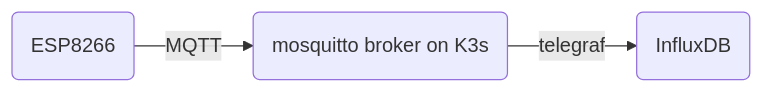
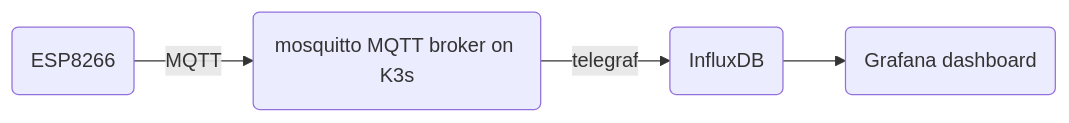
One commit to cooling75/home-monitoring changed the diagram in README.md. Above: the diagram before and after it, drawn with Mermaid. The commit also changed other lines of this file and 2 other files, not shown here.

````diff
--- a/README.md
+++ b/README.md
@@ -34,5 +40,6 @@
 ```mermaid
 graph LR;
-A(ESP8266)-->|MQTT| B(mosquitto broker on K3s);
+A(ESP8266)-->|MQTT| B(mosquitto MQTT broker on K3s);
 B-->|telegraf| C(InfluxDB);
+C --> D(Grafana dashboard)
 ```
````
